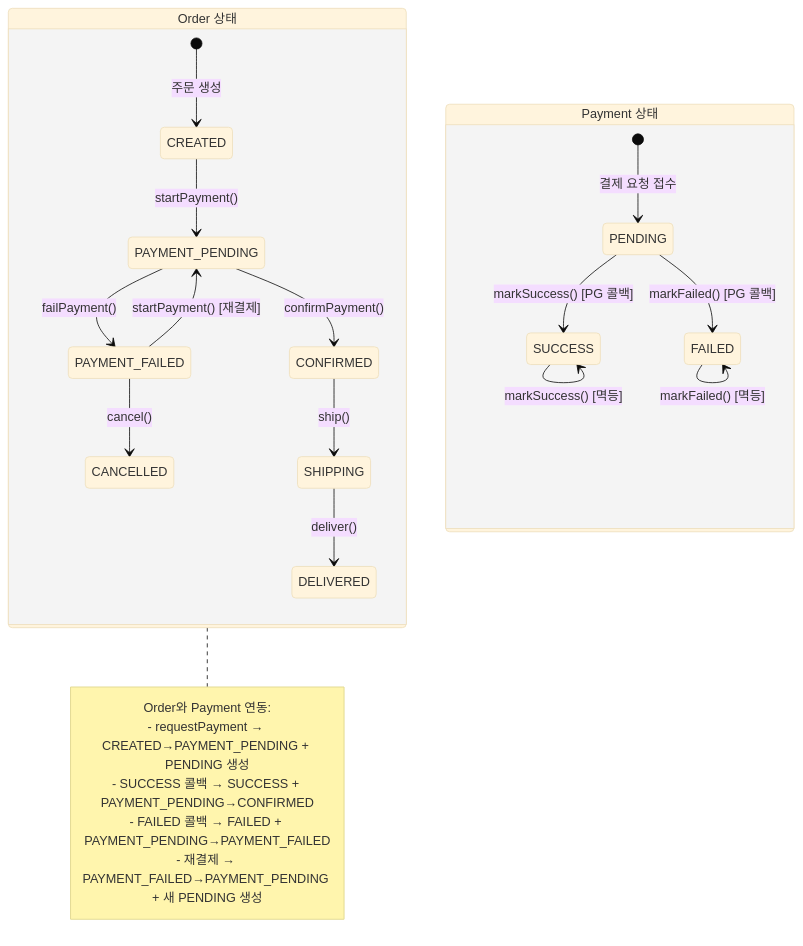
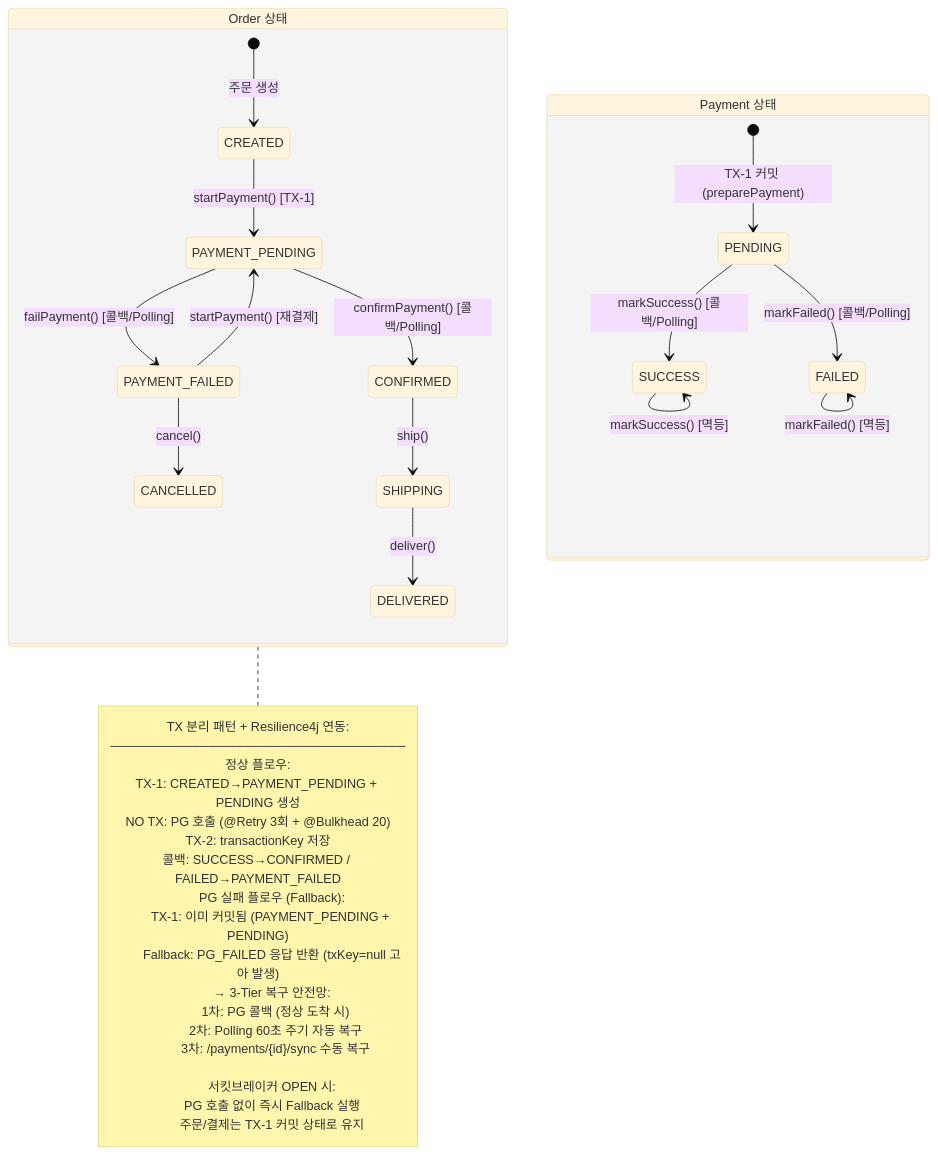
The diagram in docs/design/mermaid/06-payment-state-diagram.mmd (Praesentia-YKM/loop-pack-be-l2-vol3-java), drawn with Mermaid (base theme) before and after one commit. The commit also changed 21 other files, not shown here.

```diff
--- a/docs/design/mermaid/06-payment-state-diagram.mmd
+++ b/docs/design/mermaid/06-payment-state-diagram.mmd
@@ -1,30 +1,44 @@
 %% 결제 도메인 상태 전이 다이어그램
-%% OrderStatus와 PaymentStatus의 연동 관계
+%% OrderStatus와 PaymentStatus의 연동 관계 + Resilience4j Fallback + Polling 복구
 
 stateDiagram-v2
     state "Order 상태" as OrderState {
         [*] --> CREATED : 주문 생성
-        CREATED --> PAYMENT_PENDING : startPayment()
-        PAYMENT_PENDING --> CONFIRMED : confirmPayment()
-        PAYMENT_PENDING --> PAYMENT_FAILED : failPayment()
+        CREATED --> PAYMENT_PENDING : startPayment() [TX-1]
+        PAYMENT_PENDING --> CONFIRMED : confirmPayment() [콜백/Polling]
+        PAYMENT_PENDING --> PAYMENT_FAILED : failPayment() [콜백/Polling]
         PAYMENT_FAILED --> PAYMENT_PENDING : startPayment() [재결제]
         PAYMENT_FAILED --> CANCELLED : cancel()
         CONFIRMED --> SHIPPING : ship()
         SHIPPING --> DELIVERED : deliver()
     }
 
     state "Payment 상태" as PaymentState {
-        [*] --> PENDING : 결제 요청 접수
-        PENDING --> SUCCESS : markSuccess() [PG 콜백]
-        PENDING --> FAILED : markFailed() [PG 콜백]
+        [*] --> PENDING : TX-1 커밋 (preparePayment)
+        PENDING --> SUCCESS : markSuccess() [콜백/Polling]
+        PENDING --> FAILED : markFailed() [콜백/Polling]
         SUCCESS --> SUCCESS : markSuccess() [멱등]
         FAILED --> FAILED : markFailed() [멱등]
     }
 
     note right of OrderState
-        Order와 Payment 연동:
-        - requestPayment → CREATED→PAYMENT_PENDING + PENDING 생성
-        - SUCCESS 콜백 → SUCCESS + PAYMENT_PENDING→CONFIRMED
-        - FAILED 콜백 → FAILED + PAYMENT_PENDING→PAYMENT_FAILED
-        - 재결제 → PAYMENT_FAILED→PAYMENT_PENDING + 새 PENDING 생성
+        TX 분리 패턴 + Resilience4j 연동:
+        ─────────────────────────────────
+        정상 플로우:
+        TX-1: CREATED→PAYMENT_PENDING + PENDING 생성
+        NO TX: PG 호출 (@Retry 3회 + @Bulkhead 20)
+        TX-2: transactionKey 저장
+        콜백: SUCCESS→CONFIRMED / FAILED→PAYMENT_FAILED
+
+        PG 실패 플로우 (Fallback):
+        TX-1: 이미 커밋됨 (PAYMENT_PENDING + PENDING)
+        Fallback: PG_FAILED 응답 반환 (txKey=null 고아 발생)
+        → 3-Tier 복구 안전망:
+          1차: PG 콜백 (정상 도착 시)
+          2차: Polling 60초 주기 자동 복구
+          3차: /payments/{id}/sync 수동 복구
+
+        서킷브레이커 OPEN 시:
+        PG 호출 없이 즉시 Fallback 실행
+        주문/결제는 TX-1 커밋 상태로 유지
     end note
```
